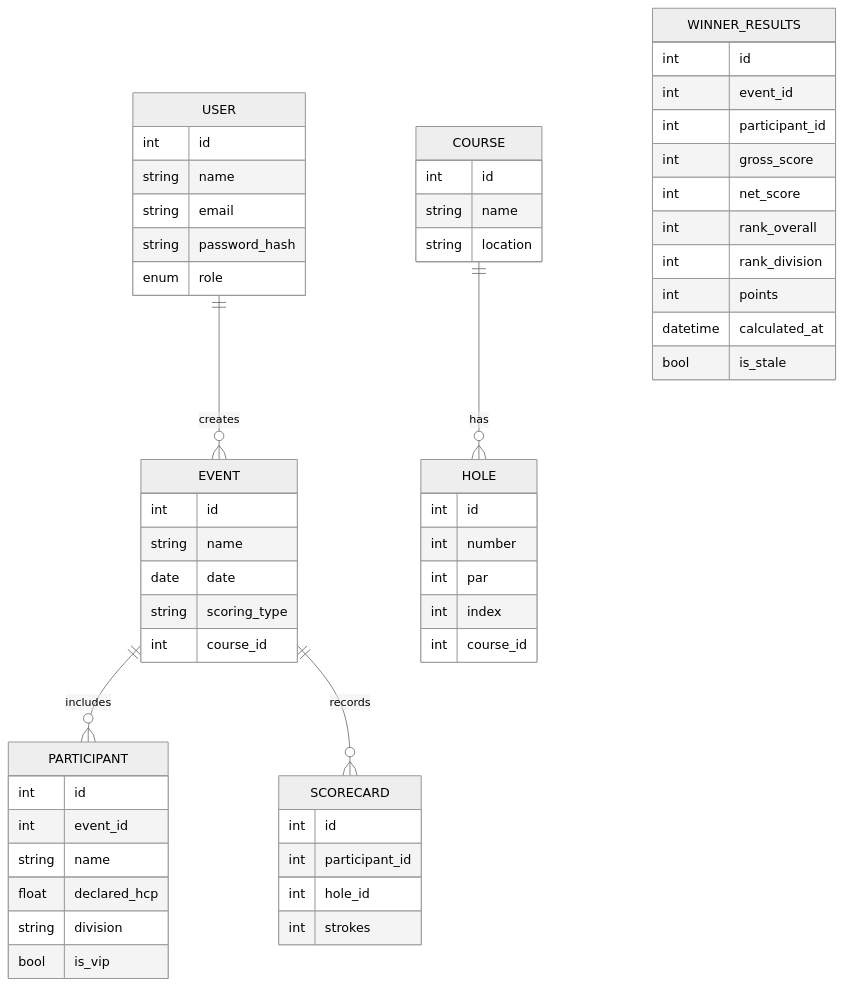
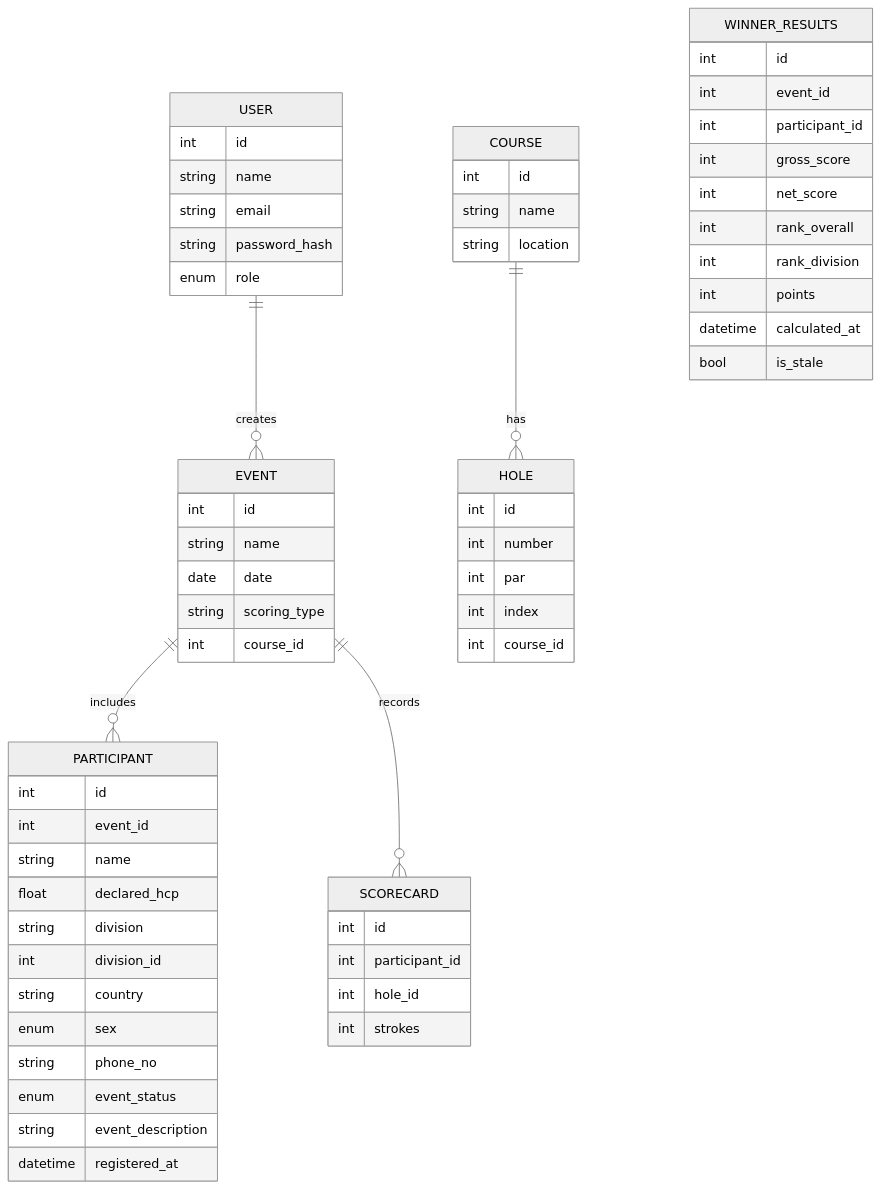
One commit to ishaki/abhimatagolf changed the diagram in ABHIMATA_GOLF_PRD.md. Above: the diagram before and after it, drawn with Mermaid (neutral theme). The commit also changed other lines of this file and 111 other files, not shown here.

````diff
--- a/ABHIMATA_GOLF_PRD.md
+++ b/ABHIMATA_GOLF_PRD.md
@@ -201,66 +273,72 @@
 ```mermaid
 erDiagram
     USER ||--o{ EVENT : creates
     EVENT ||--o{ PARTICIPANT : includes
     EVENT ||--o{ SCORECARD : records
     COURSE ||--o{ HOLE : has
 
     USER {
         int id
         string name
         string email
         string password_hash
         enum role
     }
 
     COURSE {
         int id
         string name
         string location
     }
 
     HOLE {
         int id
         int number
         int par
         int index
         int course_id
     }
 
     EVENT {
         int id
         string name
         date date
         string scoring_type
         int course_id
     }
 
     PARTICIPANT {
         int id
         int event_id
         string name
         float declared_hcp
         string division
-        bool is_vip
+        int division_id
+        string country
+        enum sex
+        string phone_no
+        enum event_status
+        string event_description
+        datetime registered_at
     }
 
     SCORECARD {
         int id
         int participant_id
         int hole_id
         int strokes
     }
 
     WINNER_RESULTS {
         int id
         int event_id
         int participant_id
         int gross_score
         int net_score
         int rank_overall
         int rank_division
         int points
         datetime calculated_at
         bool is_stale
     }
 ```
````
